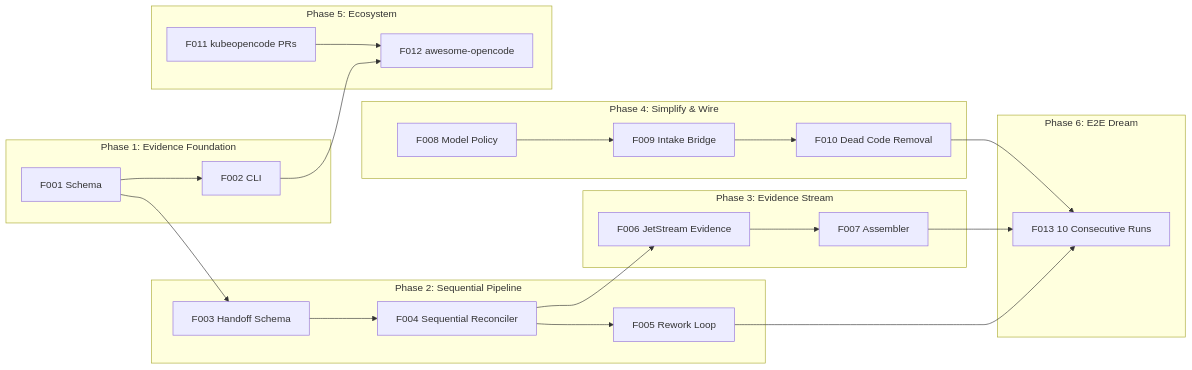
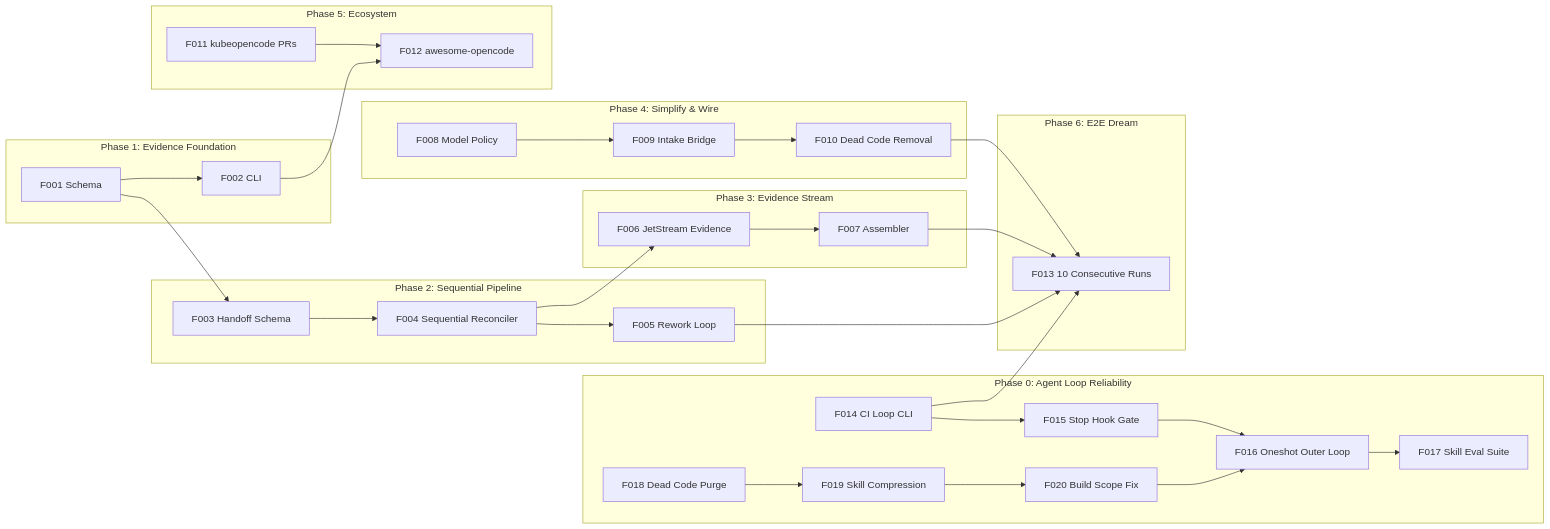
The diagram in docs/roadmap/ROADMAP.md (fall-out-bug/sdp_lab), drawn with Mermaid before and after one commit. The commit also changed other lines of this file and 80 other files, not shown here.

First line of the commit message:
Prompt Sync Architecture: single source of truth for commands and config

````diff
--- a/docs/roadmap/ROADMAP.md
+++ b/docs/roadmap/ROADMAP.md
@@ -13,42 +14,58 @@
 ```mermaid
 graph LR
+    subgraph p0 ["Phase 0: Agent Loop Reliability"]
+        F014["F014 CI Loop CLI"]
+        F015["F015 Stop Hook Gate"]
+        F016["F016 Oneshot Outer Loop"]
+        F017["F017 Skill Eval Suite"]
+        F018["F018 Dead Code Purge"]
+        F019["F019 Skill Compression"]
+        F020["F020 Build Scope Fix"]
+    end
     subgraph p1 ["Phase 1: Evidence Foundation"]
         F001["F001 Schema"]
         F002["F002 CLI"]
     end
     subgraph p2 ["Phase 2: Sequential Pipeline"]
         F003["F003 Handoff Schema"]
         F004["F004 Sequential Reconciler"]
         F005["F005 Rework Loop"]
     end
     subgraph p3 ["Phase 3: Evidence Stream"]
         F006["F006 JetStream Evidence"]
         F007["F007 Assembler"]
     end
     subgraph p4 ["Phase 4: Simplify & Wire"]
         F008["F008 Model Policy"]
         F009["F009 Intake Bridge"]
         F010["F010 Dead Code Removal"]
     end
     subgraph p5 ["Phase 5: Ecosystem"]
         F011["F011 kubeopencode PRs"]
         F012["F012 awesome-opencode"]
     end
     subgraph p6 ["Phase 6: E2E Dream"]
         F013["F013 10 Consecutive Runs"]
     end
 
+    F018 --> F019
+    F019 --> F020
+    F020 --> F016
+    F014 --> F015
+    F015 --> F016
+    F016 --> F017
+    F014 --> F013
     F001 --> F002
     F001 --> F003
     F002 --> F012
     F003 --> F004
     F004 --> F005
     F004 --> F006
     F006 --> F007
     F005 --> F013
     F007 --> F013
     F008 --> F009
     F009 --> F010
     F010 --> F013
     F011 --> F012
 ```
````
